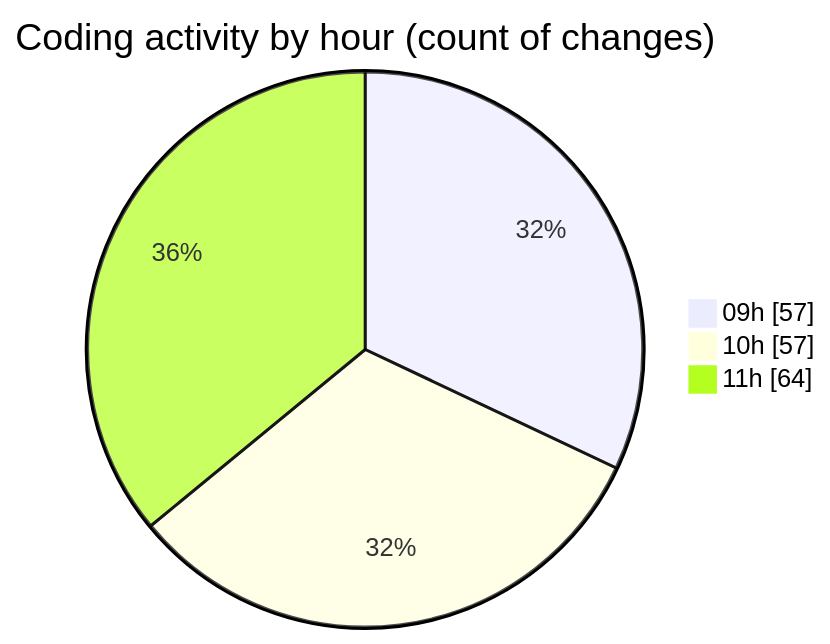
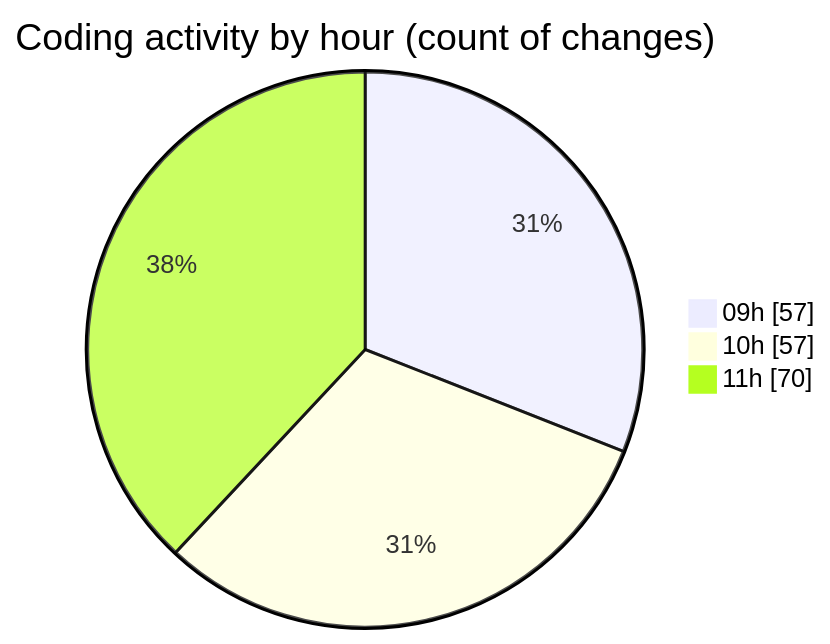
One commit to momahboobian/code-tracking changed the second of 2 diagrams in 2025-09-19/cda/README.md. Above: the diagram before and after it, drawn with Mermaid. The commit also changed other lines of this file and 1 other file, not shown here.

````diff
--- a/2025-09-19/cda/README.md
+++ b/2025-09-19/cda/README.md
@@ -30,7 +30,7 @@
 ```mermaid
 pie showData
 title Coding activity by hour (count of changes)
 "09h" : 57
 "10h" : 57
-"11h" : 64
+"11h" : 70
 ```
````
